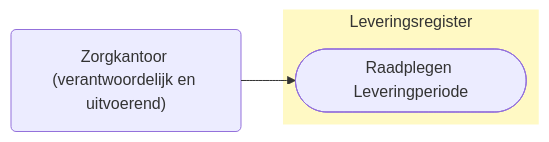
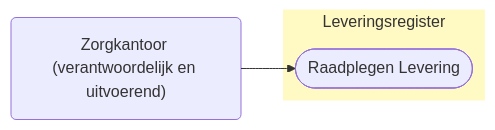
The first of 2 diagrams in raadplegen/zorgkantoor/UCLR-0003-raadplegen.md (iStandaarden/iWlz-levering), drawn with Mermaid before and after one commit. The commit also changed other lines of this file, not shown here.

Commit message:
UCLR-0003-raadplegen toegevoegd

````diff
--- a/raadplegen/zorgkantoor/UCLR-0003-raadplegen.md
+++ b/raadplegen/zorgkantoor/UCLR-0003-raadplegen.md
@@ -3,16 +3,16 @@
 ```mermaid
 ---
 config:
   theme: mc
   look: classic
   layout: elk
 ---
 flowchart LR
  subgraph s1["Leveringsregister"]
-          B["Raadplegen Leveringperiode"]
+          B["Raadplegen Levering"]
   end
     A["Zorgkantoor <br/>(verantwoordelijk en uitvoerend)"] --> B
     B@{ shape: terminal}
     A@{ shape: rounded}
     style s1 fill:#FFF9C4,stroke:#FFF9C4
 ```
````
